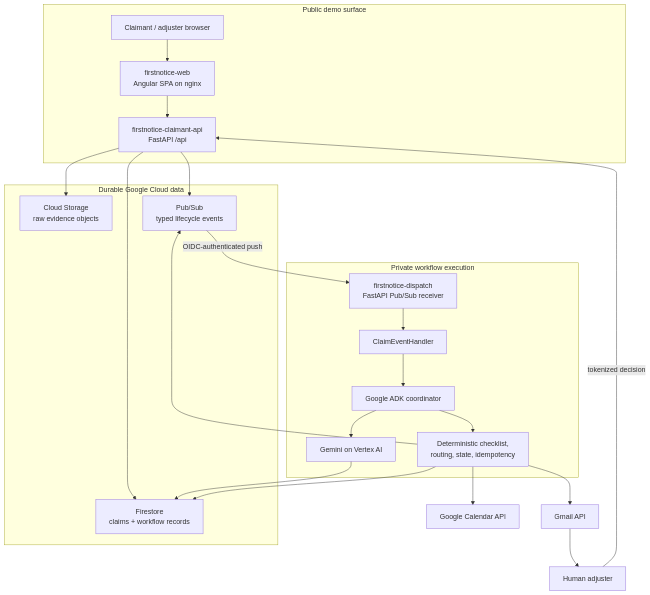
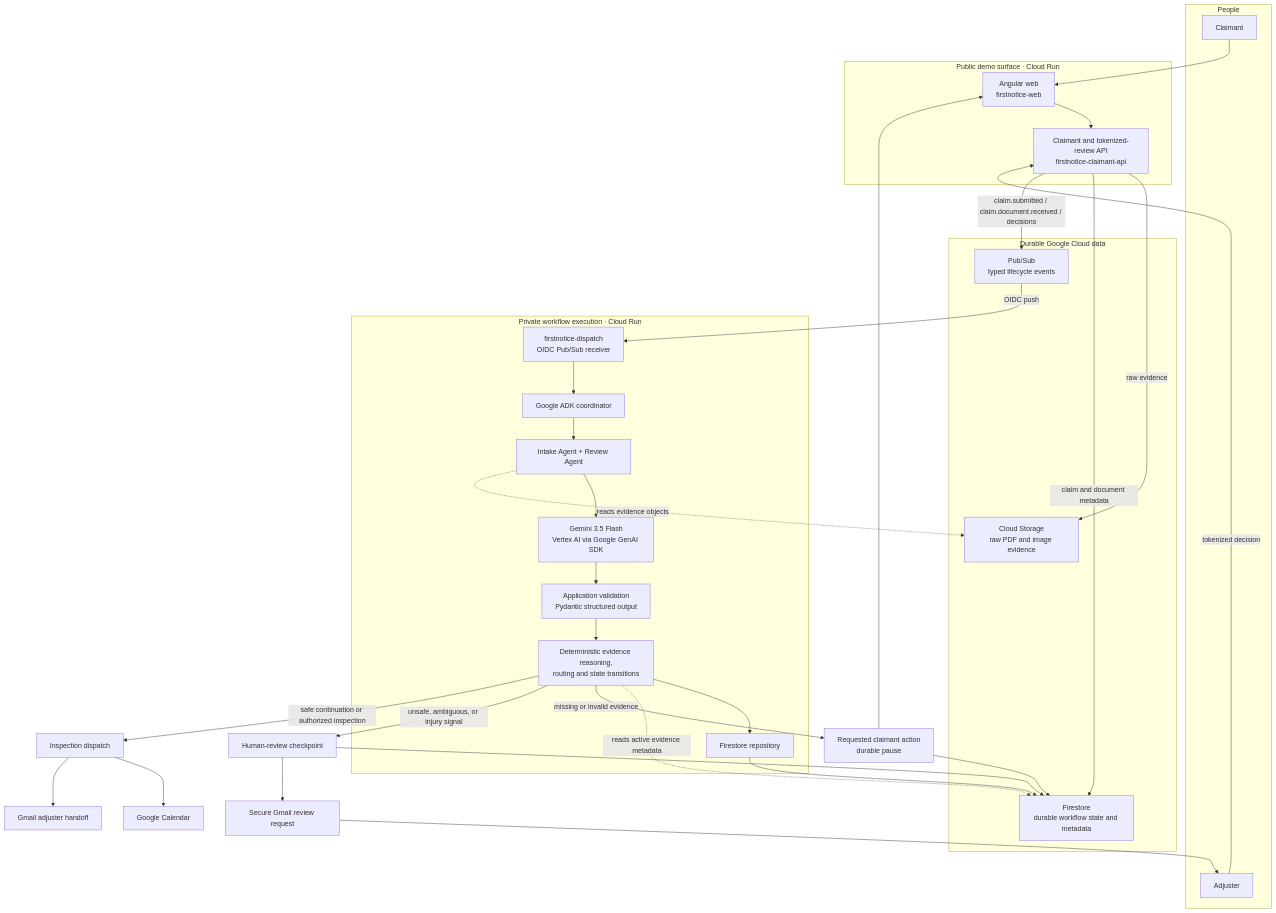
One commit to ramprasath-v/first-notice-dispatch changed the first of 5 diagrams in docs/ARCHITECTURE.md. Above: the diagram before and after it, drawn with Mermaid. The commit also changed other lines of this file and 13 other files, not shown here.

````diff
--- a/docs/ARCHITECTURE.md
+++ b/docs/ARCHITECTURE.md
@@ -7,39 +31,48 @@
 ```mermaid
 flowchart TB
-    subgraph Public["Public demo surface"]
-        Browser["Claimant / adjuster browser"]
-        Web["firstnotice-web<br/>Angular SPA on nginx"]
-        API["firstnotice-claimant-api<br/>FastAPI /api"]
-        Browser --> Web --> API
+    subgraph Users["People"]
+        Claimant["Claimant"]
+        Adjuster["Adjuster"]
+    end
+
+    subgraph Public["Public demo surface · Cloud Run"]
+        Web["Angular web\nfirstnotice-web"]
+        API["Claimant and tokenized-review API\nfirstnotice-claimant-api"]
     end
 
     subgraph Data["Durable Google Cloud data"]
-        GCS["Cloud Storage<br/>raw evidence objects"]
-        Firestore["Firestore<br/>claims + workflow records"]
-        PubSub["Pub/Sub<br/>typed lifecycle events"]
+        GCS["Cloud Storage\nraw PDF and image evidence"]
+        PubSub["Pub/Sub\ntyped lifecycle events"]
+        Firestore["Firestore\ndurable workflow state and metadata"]
     end
 
-    subgraph Private["Private workflow execution"]
-        Dispatch["firstnotice-dispatch<br/>FastAPI Pub/Sub receiver"]
-        Handler["ClaimEventHandler"]
+    subgraph Private["Private workflow execution · Cloud Run"]
+        Receiver["firstnotice-dispatch\nOIDC Pub/Sub receiver"]
         ADK["Google ADK coordinator"]
-        Gemini["Gemini on Vertex AI"]
-        Rules["Deterministic checklist,<br/>routing, state, idempotency"]
-        Dispatch --> Handler
-        Handler --> ADK
-        ADK --> Gemini
-        ADK --> Rules
+        Agents["Intake Agent + Review Agent"]
+        Gemini["Gemini 3.5 Flash\nVertex AI via Google GenAI SDK"]
+        Validation["Application validation\nPydantic structured output"]
+        Rules["Deterministic evidence reasoning,\nrouting and state transitions"]
+        Repository["Firestore repository"]
     end
 
-    API --> GCS
-    API --> Firestore
-    API --> PubSub
-    PubSub -->|"OIDC-authenticated push"| Dispatch
-    Gemini --> Firestore
-    Rules --> Firestore
-    Rules --> PubSub
-    Rules --> Calendar["Google Calendar API"]
-    Rules --> Gmail["Gmail API"]
-    Gmail --> Adjuster["Human adjuster"]
+    Claimant --> Web --> API
+    API -->|"raw evidence"| GCS
+    API -->|"claim and document metadata"| Firestore
+    API -->|"claim.submitted / claim.document.received / decisions"| PubSub
+    PubSub -->|"OIDC push"| Receiver --> ADK --> Agents
+    Agents --> Gemini --> Validation --> Rules --> Repository --> Firestore
+    Rules -. "reads active evidence metadata" .-> Firestore
+    Agents -. "reads evidence objects" .-> GCS
+
+    Rules -->|"missing or invalid evidence"| Request["Requested claimant action\ndurable pause"]
+    Request --> Firestore
+    Request --> Web
+    Rules -->|"unsafe, ambiguous, or injury signal"| Review["Human-review checkpoint"]
+    Review --> Firestore
+    Review --> GmailReview["Secure Gmail review request"] --> Adjuster
     Adjuster -->|"tokenized decision"| API
+    Rules -->|"safe continuation or authorized inspection"| DispatchFlow["Inspection dispatch"]
+    DispatchFlow --> Calendar["Google Calendar"]
+    DispatchFlow --> GmailHandoff["Gmail adjuster handoff"]
 ```
````
